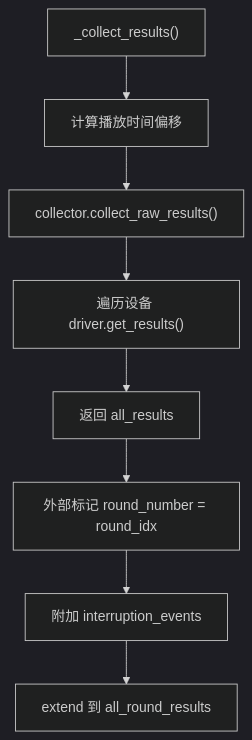
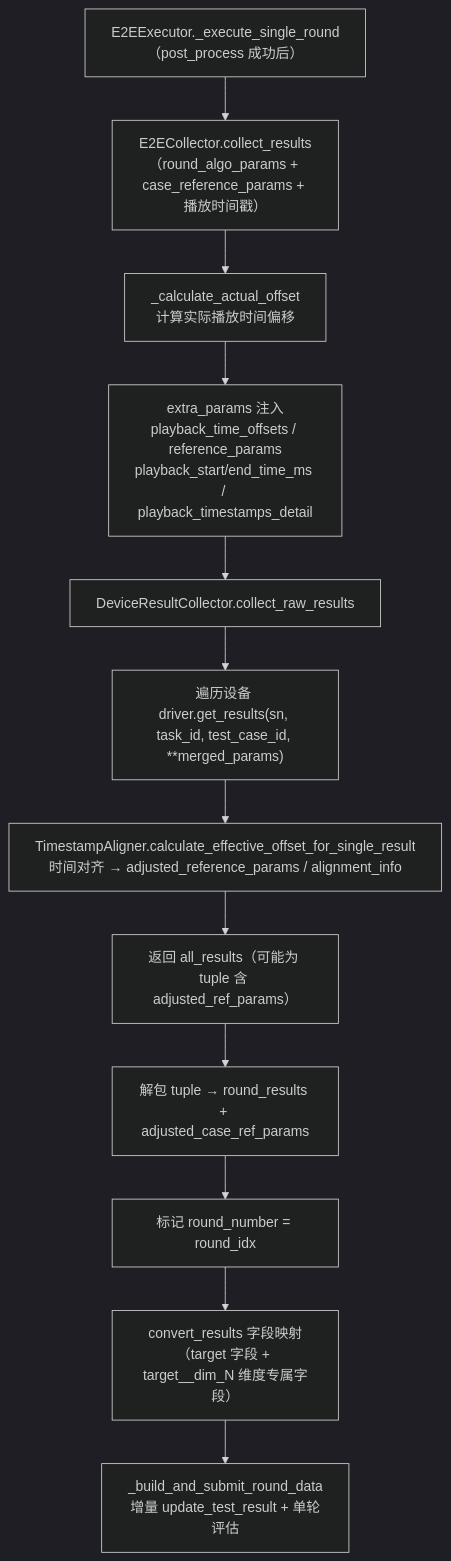
Before and after one commit to ydz-auto/intelligent_audio_test: the diagram in Intelligent-Audio-TEST/doc/voice_llm/04_执行测试/backend/22_E2E每轮结果收集.md, drawn with Mermaid (dark theme). The commit also changed other lines of this file and 69 other files, not shown here.

````diff
--- a/Intelligent-Audio-TEST/doc/voice_llm/04_执行测试/backend/22_E2E每轮结果收集.md
+++ b/Intelligent-Audio-TEST/doc/voice_llm/04_执行测试/backend/22_E2E每轮结果收集.md
@@ -30,10 +22,14 @@
 ```mermaid
-graph TD
-    A["_collect_results()"] --> B["计算播放时间偏移"]
-    B --> C["collector.collect_raw_results()"]
-    C --> D["遍历设备 driver.get_results()"]
-    D --> E["返回 all_results"]
-    E --> F["外部标记 round_number = round_idx"]
-    F --> G["附加 interruption_events"]
-    G --> H["extend 到 all_round_results"]
+flowchart TD
+    A["E2EExecutor._execute_single_round<br/>（post_process 成功后）"] --> B["E2ECollector.collect_results<br/>（round_algo_params + case_reference_params + 播放时间戳）"]
+    B --> C["_calculate_actual_offset<br/>计算实际播放时间偏移"]
+    C --> D["extra_params 注入<br/>playback_time_offsets / reference_params<br/>playback_start/end_time_ms / playback_timestamps_detail"]
+    D --> E["DeviceResultCollector.collect_raw_results"]
+    E --> F["遍历设备 driver.get_results(sn, task_id, test_case_id, **merged_params)"]
+    F --> G["TimestampAligner.calculate_effective_offset_for_single_result<br/>时间对齐 → adjusted_reference_params / alignment_info"]
+    G --> H["返回 all_results（可能为 tuple 含 adjusted_ref_params）"]
+    H --> I["解包 tuple → round_results + adjusted_case_ref_params"]
+    I --> J["标记 round_number = round_idx"]
+    J --> K["convert_results 字段映射<br/>（target 字段 + target__dim_N 维度专属字段）"]
+    K --> L["_build_and_submit_round_data<br/>增量 update_test_result + 单轮评估"]
 ```
````
